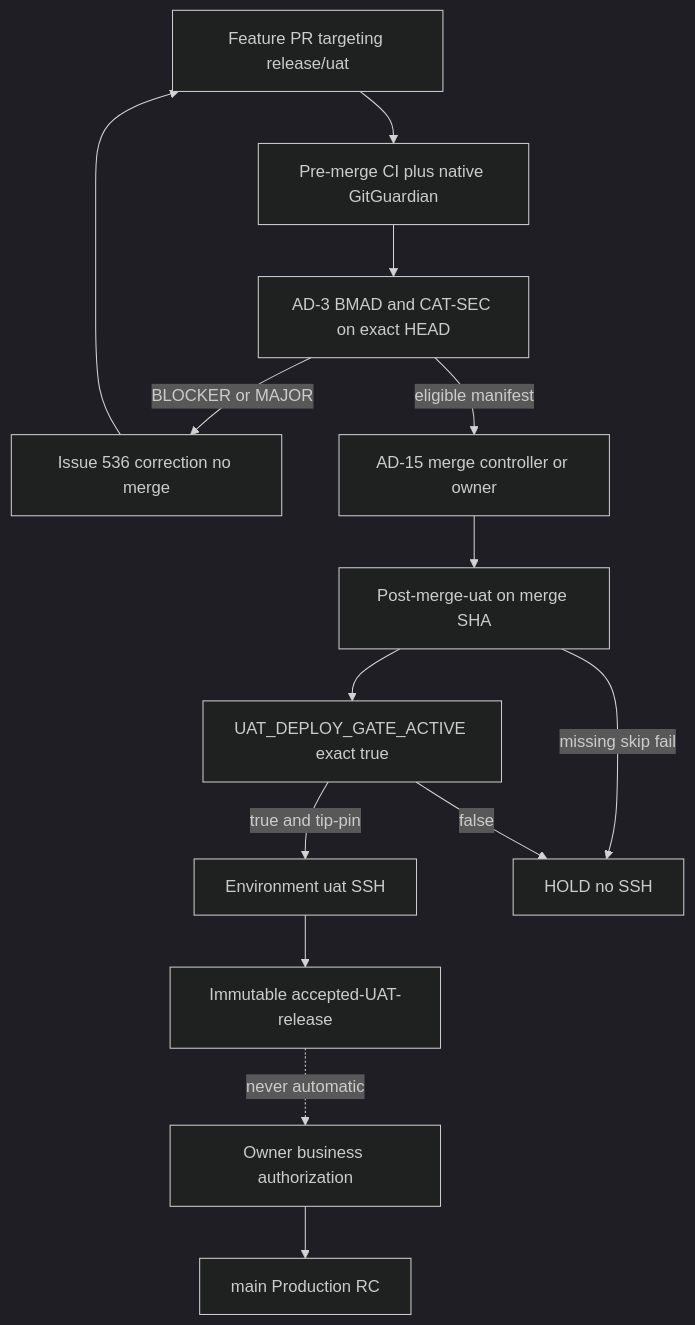
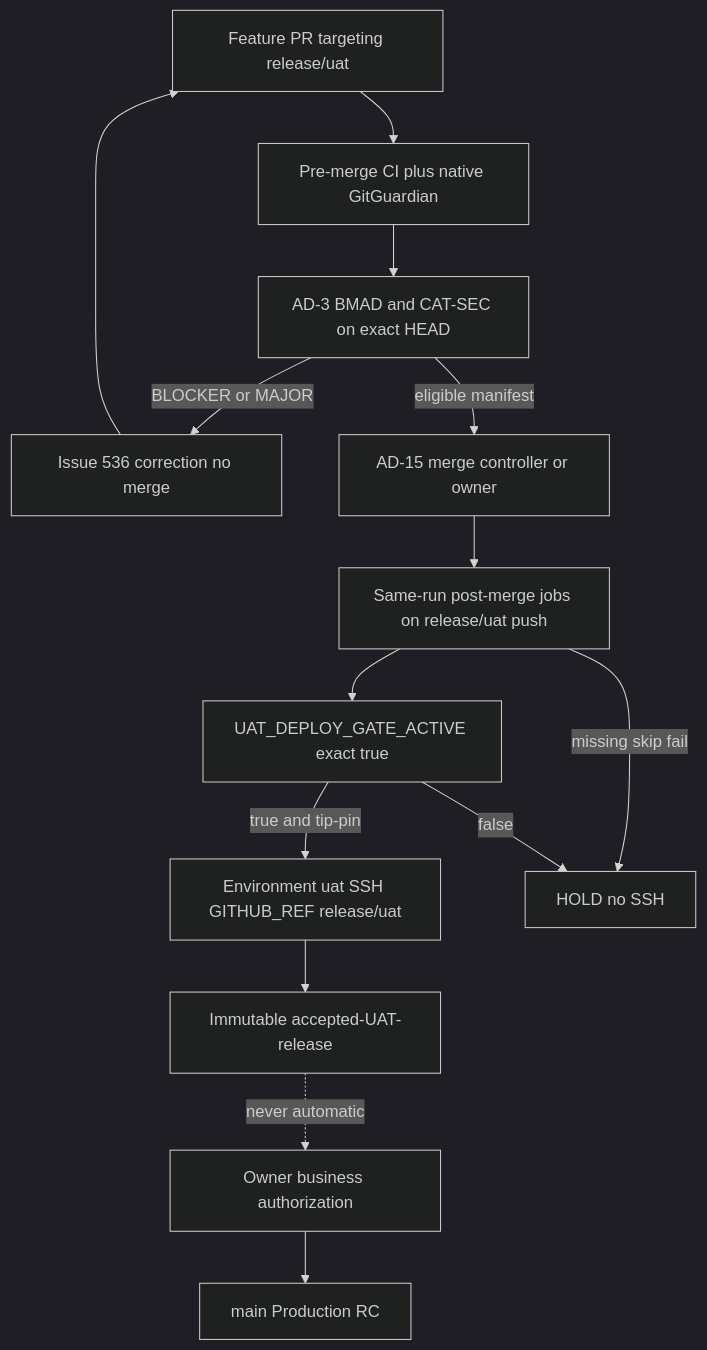
Before and after one commit to fad16papa/Cohestra: the first of 2 diagrams in _bmad-output/planning-artifacts/architecture/architecture-option-b-release-uat-2026-11-02/ARCHITECTURE-SPINE.md, drawn with Mermaid (dark theme). The commit also changed other lines of this file and 13 other files, not shown here.

First line of the commit message:
docs(uat): close Option B Environment-ref and post-merge races

````diff
--- a/_bmad-output/planning-artifacts/architecture/architecture-option-b-release-uat-2026-11-02/ARCHITECTURE-SPINE.md
+++ b/_bmad-output/planning-artifacts/architecture/architecture-option-b-release-uat-2026-11-02/ARCHITECTURE-SPINE.md
@@ -39,22 +41,22 @@
 ```mermaid
 flowchart TD
   feat[Feature PR targeting release/uat]
   pre[Pre-merge CI plus native GitGuardian]
   rev[AD-3 BMAD and CAT-SEC on exact HEAD]
   corr[Issue 536 correction no merge]
   merge[AD-15 merge controller or owner]
-  post[Post-merge-uat on merge SHA]
+  post[Same-run post-merge jobs on release/uat push]
   gate[UAT_DEPLOY_GATE_ACTIVE exact true]
-  ssh[Environment uat SSH]
+  ssh[Environment uat SSH GITHUB_REF release/uat]
   rec[Immutable accepted-UAT-release]
   promo[Owner business authorization]
   main[main Production RC]
   feat --> pre --> rev
   rev -->|BLOCKER or MAJOR| corr --> feat
   rev -->|eligible manifest| merge --> post
   post -->|missing skip fail| hold[HOLD no SSH]
   post --> gate
   gate -->|false| hold
   gate -->|true and tip-pin| ssh --> rec
   rec -.->|never automatic| promo --> main
 ```
````
